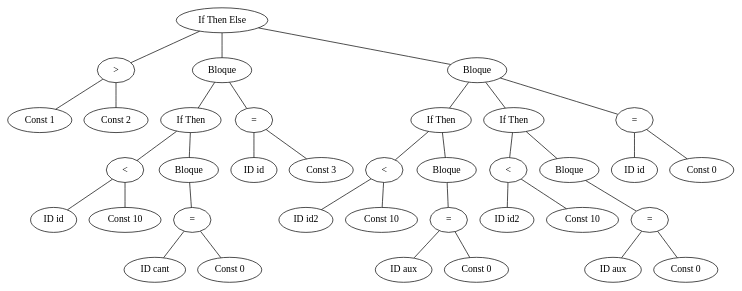
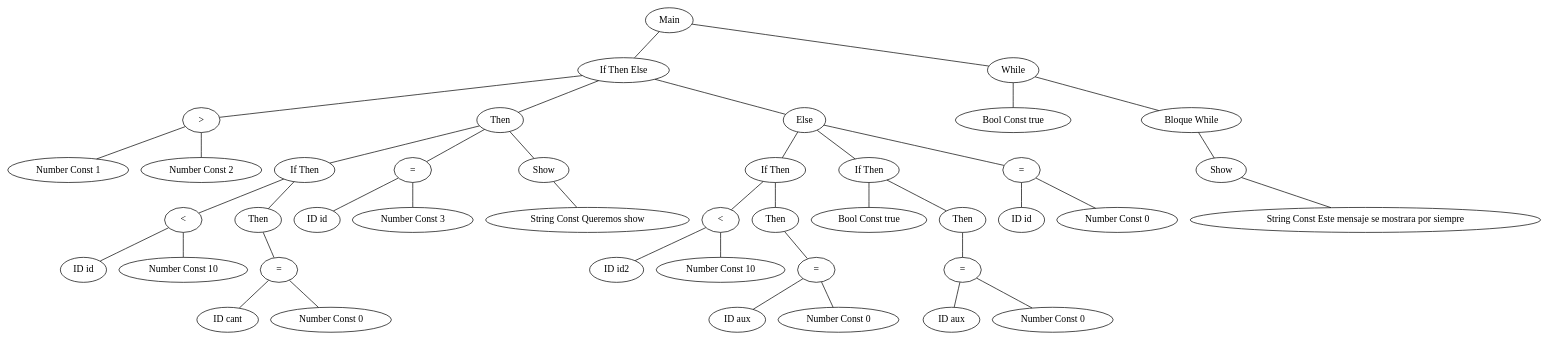
Before and after one commit to agusES/compilador: the diagram in arbol.dot, drawn with Graphviz. The commit also changed 17 other files, not shown here.

```diff
--- a/arbol.dot
+++ b/arbol.dot
@@ -1,72 +1,84 @@
-graph G {nodo_1173230247 [label="If Then Else"]
-nodo_491044090 [label=">"]
-nodo_1173230247 -- nodo_491044090
-nodo_644117698 [label="Const 1"]
-nodo_491044090 -- nodo_644117698
-nodo_1872034366 [label="Const 2"]
-nodo_491044090 -- nodo_1872034366
-nodo_1581781576 [label="Bloque"]
-nodo_1173230247 -- nodo_1581781576
-nodo_1725154839 [label="If Then"]
-nodo_1581781576 -- nodo_1725154839
-nodo_1670675563 [label="<"]
+graph G {nodo_1173230247 [label="Main"]
+nodo_856419764 [label="If Then Else"]
+nodo_1173230247 -- nodo_856419764
+nodo_644117698 [label=">"]
+nodo_856419764 -- nodo_644117698
+nodo_1872034366 [label="Number Const 1"]
+nodo_644117698 -- nodo_1872034366
+nodo_1581781576 [label="Number Const 2"]
+nodo_644117698 -- nodo_1581781576
+nodo_1725154839 [label="Then"]
+nodo_856419764 -- nodo_1725154839
+nodo_1670675563 [label="If Then"]
 nodo_1725154839 -- nodo_1670675563
-nodo_723074861 [label="ID id"]
+nodo_723074861 [label="<"]
 nodo_1670675563 -- nodo_723074861
-nodo_895328852 [label="Const 10"]
-nodo_1670675563 -- nodo_895328852
-nodo_1304836502 [label="Bloque"]
-nodo_1725154839 -- nodo_1304836502
-nodo_225534817 [label="="]
-nodo_1304836502 -- nodo_225534817
-nodo_1878246837 [label="ID cant"]
+nodo_895328852 [label="ID id"]
+nodo_723074861 -- nodo_895328852
+nodo_1304836502 [label="Number Const 10"]
+nodo_723074861 -- nodo_1304836502
+nodo_225534817 [label="Then"]
+nodo_1670675563 -- nodo_225534817
+nodo_1878246837 [label="="]
 nodo_225534817 -- nodo_1878246837
-nodo_929338653 [label="Const 0"]
-nodo_225534817 -- nodo_929338653
-nodo_1259475182 [label="="]
-nodo_1581781576 -- nodo_1259475182
-nodo_1300109446 [label="ID id"]
-nodo_1259475182 -- nodo_1300109446
-nodo_1020371697 [label="Const 3"]
-nodo_1259475182 -- nodo_1020371697
-nodo_789451787 [label="Bloque"]
-nodo_1173230247 -- nodo_789451787
-nodo_1950409828 [label="If Then"]
-nodo_789451787 -- nodo_1950409828
-nodo_1229416514 [label="<"]
+nodo_929338653 [label="ID cant"]
+nodo_1878246837 -- nodo_929338653
+nodo_1259475182 [label="Number Const 0"]
+nodo_1878246837 -- nodo_1259475182
+nodo_1300109446 [label="="]
+nodo_1725154839 -- nodo_1300109446
+nodo_1020371697 [label="ID id"]
+nodo_1300109446 -- nodo_1020371697
+nodo_789451787 [label="Number Const 3"]
+nodo_1300109446 -- nodo_789451787
+nodo_1950409828 [label="Show"]
+nodo_1725154839 -- nodo_1950409828
+nodo_1229416514 [label="String Const Queremos show"]
 nodo_1950409828 -- nodo_1229416514
-nodo_2016447921 [label="ID id2"]
-nodo_1229416514 -- nodo_2016447921
-nodo_666988784 [label="Const 10"]
-nodo_1229416514 -- nodo_666988784
-nodo_1414644648 [label="Bloque"]
-nodo_1950409828 -- nodo_1414644648
-nodo_640070680 [label="="]
+nodo_2016447921 [label="Else"]
+nodo_856419764 -- nodo_2016447921
+nodo_666988784 [label="If Then"]
+nodo_2016447921 -- nodo_666988784
+nodo_1414644648 [label="<"]
+nodo_666988784 -- nodo_1414644648
+nodo_640070680 [label="ID id2"]
 nodo_1414644648 -- nodo_640070680
-nodo_1510467688 [label="ID aux"]
-nodo_640070680 -- nodo_1510467688
-nodo_1995265320 [label="Const 0"]
-nodo_640070680 -- nodo_1995265320
-nodo_746292446 [label="If Then"]
-nodo_789451787 -- nodo_746292446
-nodo_1072591677 [label="<"]
+nodo_1510467688 [label="Number Const 10"]
+nodo_1414644648 -- nodo_1510467688
+nodo_1995265320 [label="Then"]
+nodo_666988784 -- nodo_1995265320
+nodo_746292446 [label="="]
+nodo_1995265320 -- nodo_746292446
+nodo_1072591677 [label="ID aux"]
 nodo_746292446 -- nodo_1072591677
-nodo_1523554304 [label="ID id2"]
-nodo_1072591677 -- nodo_1523554304
-nodo_1175962212 [label="Const 10"]
-nodo_1072591677 -- nodo_1175962212
-nodo_918221580 [label="Bloque"]
-nodo_746292446 -- nodo_918221580
-nodo_2055281021 [label="="]
-nodo_918221580 -- nodo_2055281021
-nodo_1554547125 [label="ID aux"]
+nodo_1523554304 [label="Number Const 0"]
+nodo_746292446 -- nodo_1523554304
+nodo_1175962212 [label="If Then"]
+nodo_2016447921 -- nodo_1175962212
+nodo_918221580 [label="Bool Const true"]
+nodo_1175962212 -- nodo_918221580
+nodo_2055281021 [label="Then"]
+nodo_1175962212 -- nodo_2055281021
+nodo_1554547125 [label="="]
 nodo_2055281021 -- nodo_1554547125
-nodo_617901222 [label="Const 0"]
-nodo_2055281021 -- nodo_617901222
-nodo_1159190947 [label="="]
-nodo_789451787 -- nodo_1159190947
-nodo_925858445 [label="ID id"]
-nodo_1159190947 -- nodo_925858445
-nodo_798154996 [label="Const 0"]
-nodo_1159190947 -- nodo_798154996
+nodo_617901222 [label="ID aux"]
+nodo_1554547125 -- nodo_617901222
+nodo_1159190947 [label="Number Const 0"]
+nodo_1554547125 -- nodo_1159190947
+nodo_925858445 [label="="]
+nodo_2016447921 -- nodo_925858445
+nodo_798154996 [label="ID id"]
+nodo_925858445 -- nodo_798154996
+nodo_681842940 [label="Number Const 0"]
+nodo_925858445 -- nodo_681842940
+nodo_1392838282 [label="While"]
+nodo_1173230247 -- nodo_1392838282
+nodo_523429237 [label="Bool Const true"]
+nodo_1392838282 -- nodo_523429237
+nodo_664740647 [label="Bloque While"]
+nodo_1392838282 -- nodo_664740647
+nodo_804564176 [label="Show"]
+nodo_664740647 -- nodo_804564176
+nodo_1421795058 [label="String Const Este mensaje se mostrara por siempre"]
+nodo_804564176 -- nodo_1421795058
 }
```
